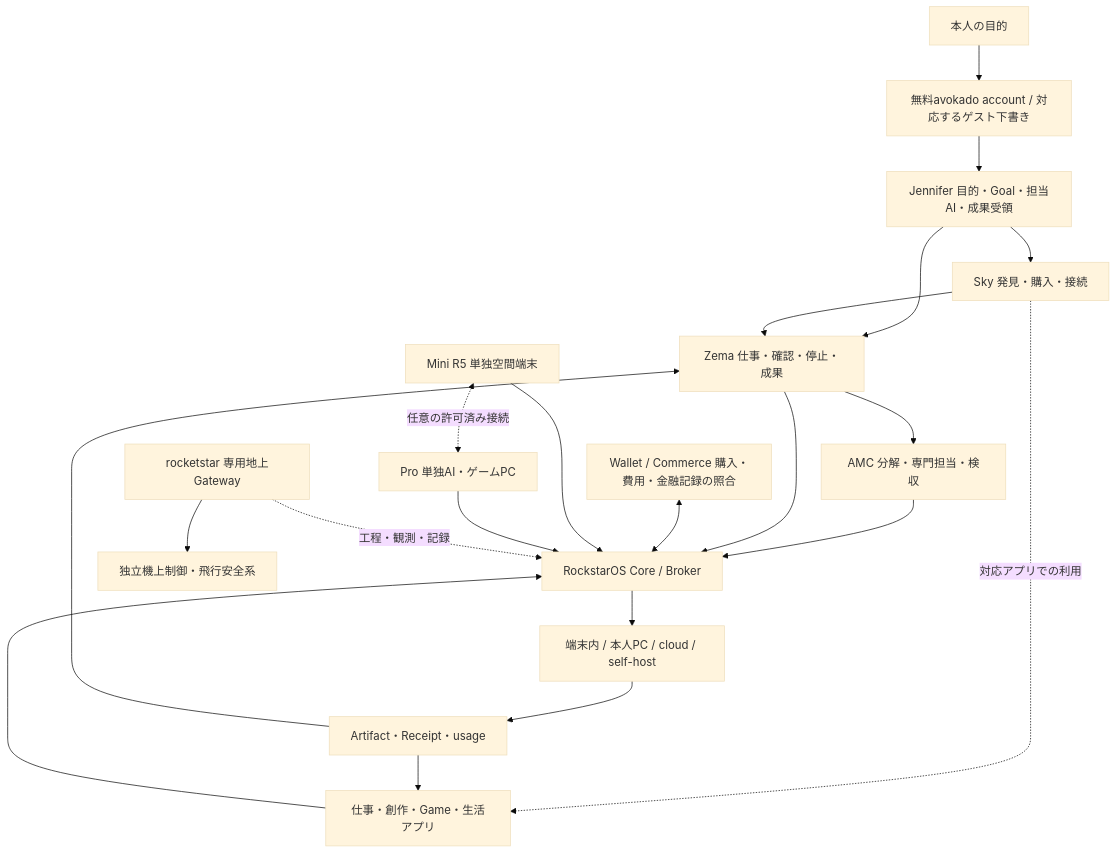
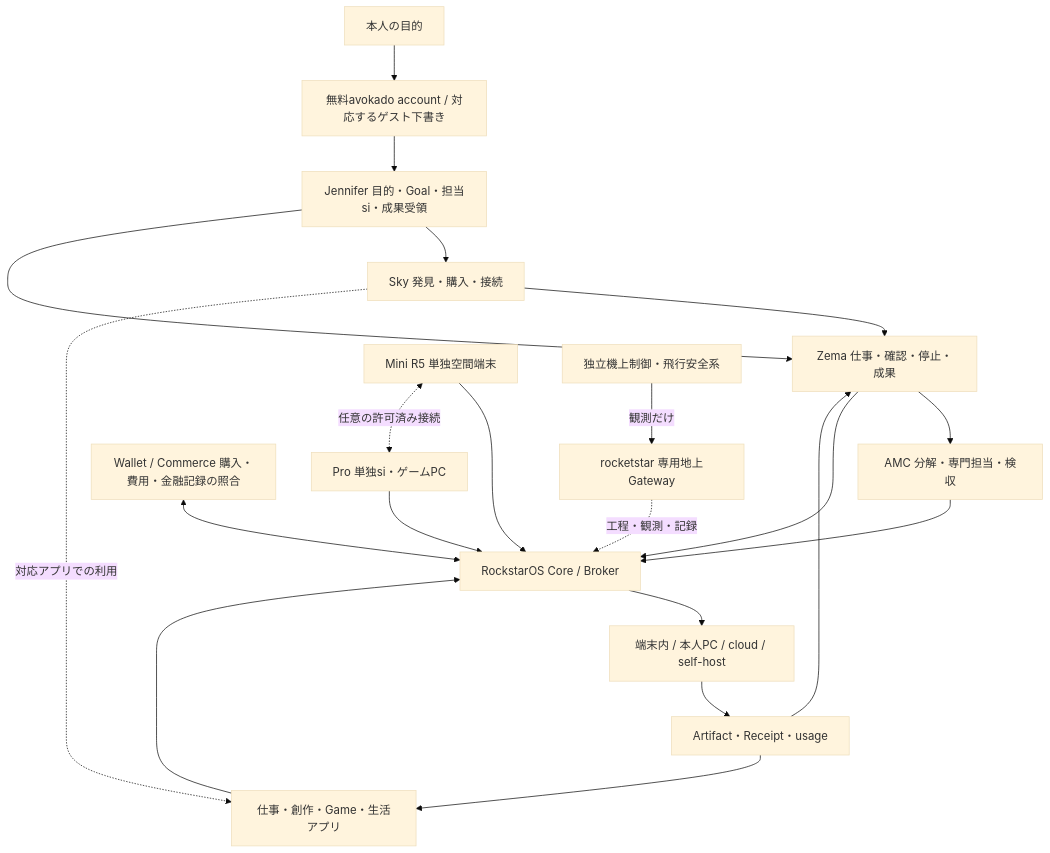
The diagram in docs/rockstaros-product-system-map.md (k999ln/rock), drawn with Mermaid (base theme) before and after one commit. The commit also changed other lines of this file and 175 other files, not shown here.

````diff
--- a/docs/rockstaros-product-system-map.md
+++ b/docs/rockstaros-product-system-map.md
@@ -13,23 +13,23 @@
 ```mermaid
 flowchart TB
   U[本人の目的] --> ACCOUNT[無料avokado account / 対応するゲスト下書き]
-  ACCOUNT --> JENNIFER[Jennifer 目的・Goal・担当AI・成果受領]
+  ACCOUNT --> JENNIFER[Jennifer 目的・Goal・担当si・成果受領]
   JENNIFER --> SKY[Sky 発見・購入・接続]
   JENNIFER --> ZEMA
   SKY --> ZEMA[Zema 仕事・確認・停止・成果]
   SKY -. 対応アプリでの利用 .-> APP[仕事・創作・Game・生活アプリ]
   ZEMA --> AMC[AMC 分解・専門担当・検収]
   AMC --> CORE[RockstarOS Core / Broker]
   ZEMA --> CORE
   APP --> CORE
   CORE --> EXEC[端末内 / 本人PC / cloud / self-host]
   EXEC --> RESULT[Artifact・Receipt・usage]
   RESULT --> ZEMA
   RESULT --> APP
   WALLET[Wallet / Commerce 購入・費用・金融記録の照合] <--> CORE
   MINI[Mini R5 単独空間端末] --> CORE
-  PRO[Pro 単独AI・ゲームPC] --> CORE
+  PRO[Pro 単独si・ゲームPC] --> CORE
   MINI <-. 任意の許可済み接続 .-> PRO
   RS[rocketstar 専用地上Gateway] -. 工程・観測・記録 .-> CORE
-  RS --> FLIGHT[独立機上制御・飛行安全系]
+  FLIGHT[独立機上制御・飛行安全系] -->|観測だけ| RS
 ```
````
